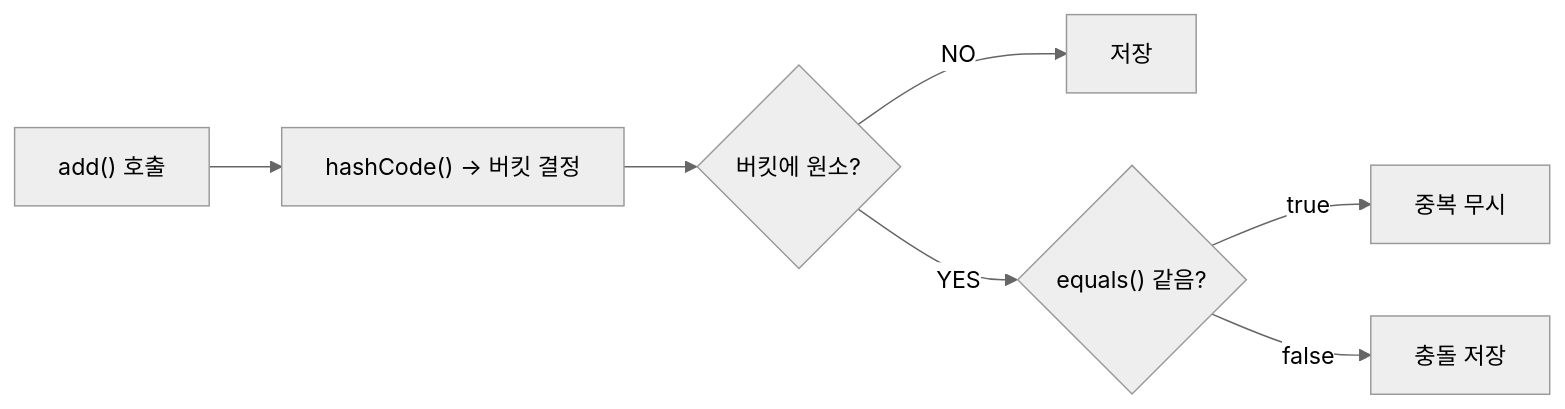
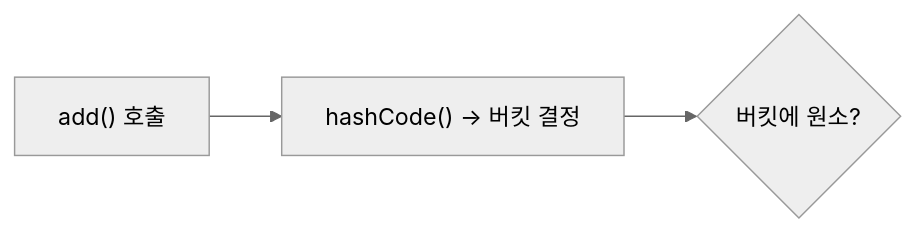
The fifth of 17 diagrams in _posts/java/2026-05-01-java-collections.md (yjkim2015/yjkim2015.github.io), drawn with Mermaid (neutral theme) before and after one commit. The commit also changed other lines of this file and 132 other files, not shown here.

First line of the commit message:
Mermaid 다이어그램 가독성 정리: 단순 제거, 노드 축소, TD→LR 변환

````diff
--- a/_posts/java/2026-05-01-java-collections.md
+++ b/_posts/java/2026-05-01-java-collections.md
@@ -251,9 +246,5 @@
 ```mermaid
 graph LR
     A["add() 호출"] --> B["hashCode() → 버킷 결정"]
     B --> C{"버킷에 원소?"}
-    C -->|NO| D["저장"]
-    C -->|YES| E{"equals() 같음?"}
-    E -->|true| F["중복 무시"]
-    E -->|false| G["충돌 저장"]
 ```
````
